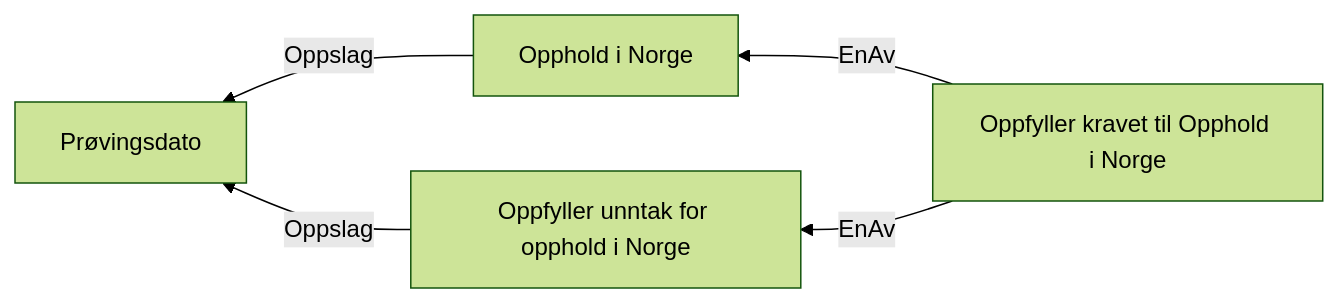
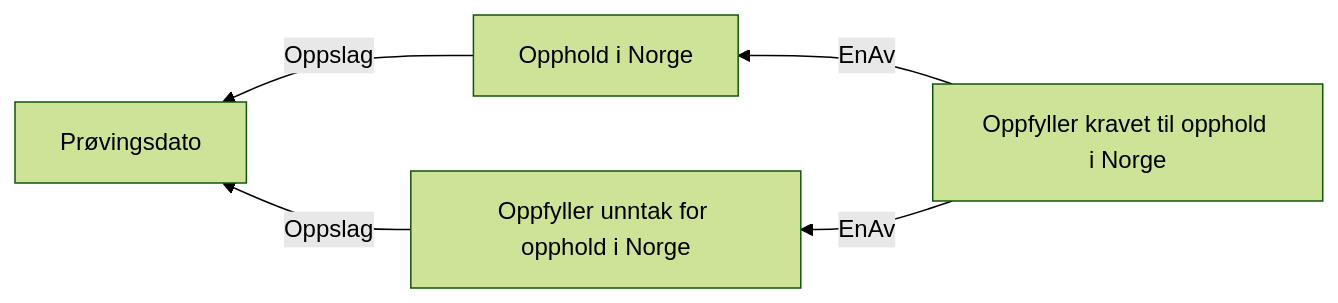
One commit to navikt/dp-vedtak changed the diagram in docs/regler/§ 4-2. Opphold i Norge.approved.md. Above: the diagram before and after it, drawn with Mermaid (forest theme). The commit also changed 12 other files, not shown here.

````diff
--- a/docs/regler/§ 4-2. Opphold i Norge.approved.md
+++ b/docs/regler/§ 4-2. Opphold i Norge.approved.md
@@ -5,7 +5,7 @@
 ```mermaid
 graph RL
   A["Opphold i Norge"] -->|"Oppslag"| B["Prøvingsdato"]
   C["Oppfyller unntak for opphold i Norge"] -->|"Oppslag"| B["Prøvingsdato"]
-  D["Oppfyller kravet til Opphold i Norge"] -->|"EnAv"| A["Opphold i Norge"]
-  D["Oppfyller kravet til Opphold i Norge"] -->|"EnAv"| C["Oppfyller unntak for opphold i Norge"]
+  D["Oppfyller kravet til opphold i Norge"] -->|"EnAv"| A["Opphold i Norge"]
+  D["Oppfyller kravet til opphold i Norge"] -->|"EnAv"| C["Oppfyller unntak for opphold i Norge"]
 ```
````
